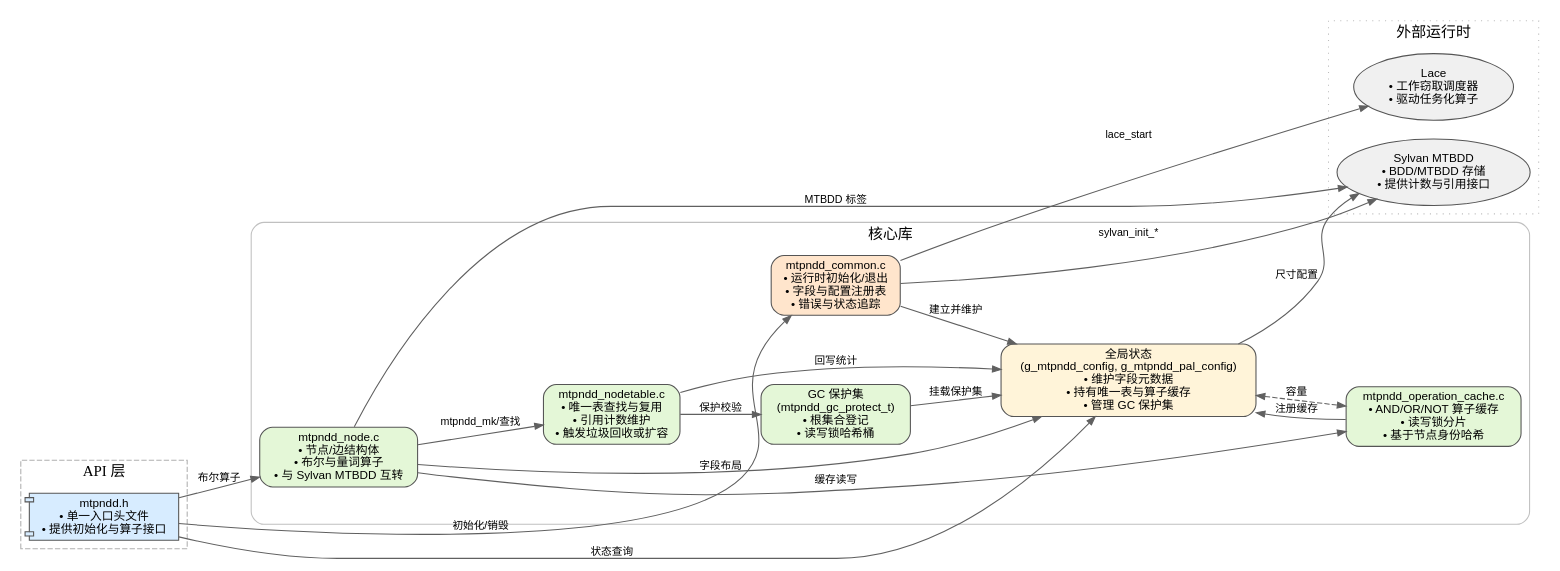
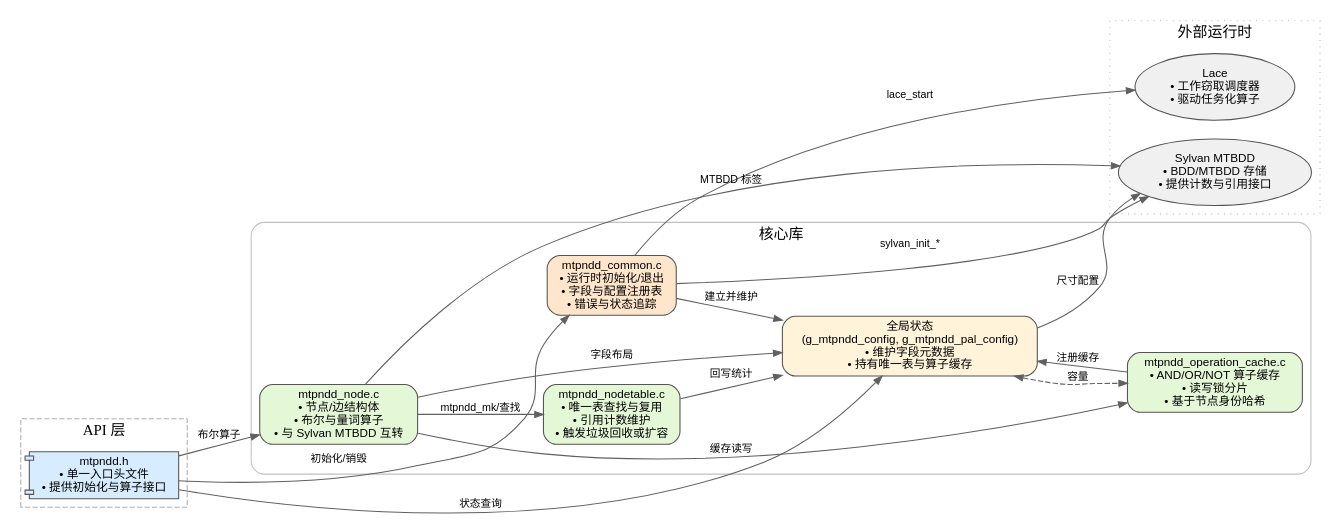
One commit to Augists/MTPNDD changed the diagram in docs/mtpndd_architecture_zh.dot. Above: the diagram before and after it, drawn with Graphviz. The commit also changed 13 other files, not shown here.

```diff
--- a/docs/mtpndd_architecture_zh.dot
+++ b/docs/mtpndd_architecture_zh.dot
@@ -1,57 +1,52 @@
 digraph MTPNDD_ZH {
     rankdir=LR;
     splines=true;
     bgcolor="white";
     node [shape=box, style="rounded,filled", fillcolor="#f7f7f7", color="#555555", fontname="Helvetica", fontsize=11];
     edge [color="#606060", fontname="Helvetica", fontsize=10, arrowsize=0.8];
 
     subgraph cluster_api {
         label="API 层";
         style="dashed";
         color="#b0b0b0";
         api [label="mtpndd.h\n• 单一入口头文件\n• 提供初始化与算子接口", shape=component, fillcolor="#d7ecff"];
     }
 
     subgraph cluster_core {
         label="核心库";
         style="rounded";
         color="#c0c0c0";
         common [label="mtpndd_common.c\n• 运行时初始化/退出\n• 字段与配置注册表\n• 错误与状态追踪", fillcolor="#ffe5cc"];
-        config [label="全局状态\n(g_mtpndd_config, g_mtpndd_pal_config)\n• 维护字段元数据\n• 持有唯一表与算子缓存\n• 管理 GC 保护集", fillcolor="#fff4d9"];
+        config [label="全局状态\n(g_mtpndd_config, g_mtpndd_pal_config)\n• 维护字段元数据\n• 持有唯一表与算子缓存", fillcolor="#fff4d9"];
         node_ops [label="mtpndd_node.c\n• 节点/边结构体\n• 布尔与量词算子\n• 与 Sylvan MTBDD 互转", fillcolor="#e4f7d7"];
         nodetable [label="mtpndd_nodetable.c\n• 唯一表查找与复用\n• 引用计数维护\n• 触发垃圾回收或扩容", fillcolor="#e4f7d7"];
         cache [label="mtpndd_operation_cache.c\n• AND/OR/NOT 算子缓存\n• 读写锁分片\n• 基于节点身份哈希", fillcolor="#e4f7d7"];
-        gc [label="GC 保护集\n(mtpndd_gc_protect_t)\n• 根集合登记\n• 读写锁哈希桶", fillcolor="#e4f7d7"];
     }
 
     subgraph cluster_runtime {
         label="外部运行时";
         style="dotted";
         color="#bcbcbc";
         lace [label="Lace\n• 工作窃取调度器\n• 驱动任务化算子", shape=ellipse, fillcolor="#f0f0f0"];
         sylvan [label="Sylvan MTBDD\n• BDD/MTBDD 存储\n• 提供计数与引用接口", shape=ellipse, fillcolor="#f0f0f0"];
     }
 
     api -> common [label="初始化/销毁" weight=2];
     api -> node_ops [label="布尔算子" weight=2];
     api -> config [label="状态查询"];
 
     common -> config [label="建立并维护" weight=2];
     common -> lace [label="lace_start" minlen=2];
     common -> sylvan [label="sylvan_init_*" minlen=2];
 
     node_ops -> nodetable [label="mtpndd_mk/查找" weight=2];
     node_ops -> cache [label="缓存读写"];
     node_ops -> sylvan [label="MTBDD 标签" minlen=2];
     node_ops -> config [label="字段布局"];
 
     nodetable -> config [label="回写统计"];
-    nodetable -> gc [label="保护校验"];
-
     cache -> config [label="注册缓存"];
-
-    gc -> config [label="挂载保护集"];
 
     config -> sylvan [label="尺寸配置"];
     config -> cache [label="容量" dir="both" style="dashed"];
 }
```
